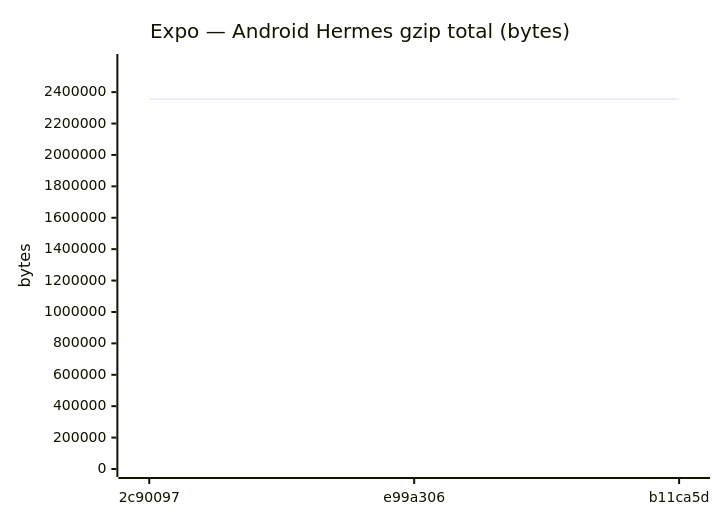
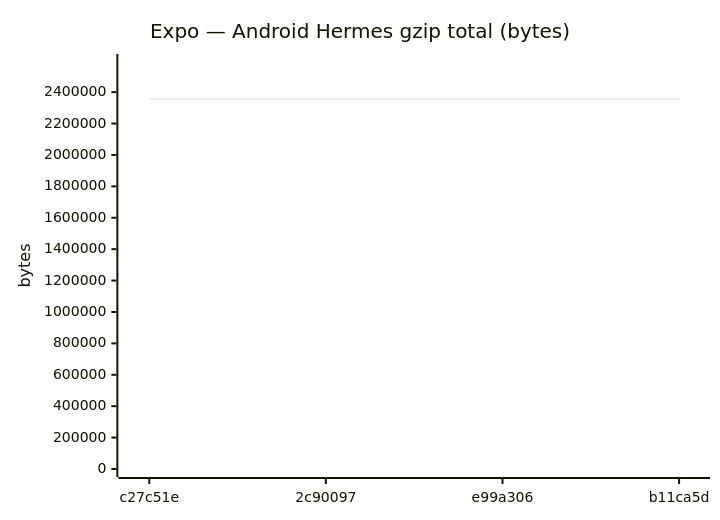
Before and after one commit to Metaheurist/Rianell: diagram 15 of 24 in benchmarks/compare.md, drawn with Mermaid. The commit also changed other lines of this file and 12 other files, not shown here.

````diff
--- a/benchmarks/compare.md
+++ b/benchmarks/compare.md
@@ -185,7 +193,7 @@
 ```mermaid
 xychart-beta
     title "Expo — Android Hermes gzip total (bytes)"
-    x-axis ["2c90097", "e99a306", "b11ca5d"]
-    y-axis "bytes" 0 --> 2591933
-    line [2356302, 2356302, 2356299]
+    x-axis ["c27c51e", "2c90097", "e99a306", "b11ca5d"]
+    y-axis "bytes" 0 --> 2591935
+    line [2356304, 2356302, 2356302, 2356299]
 ```
````
